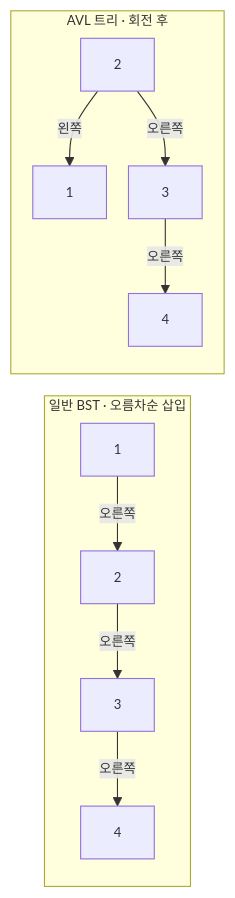
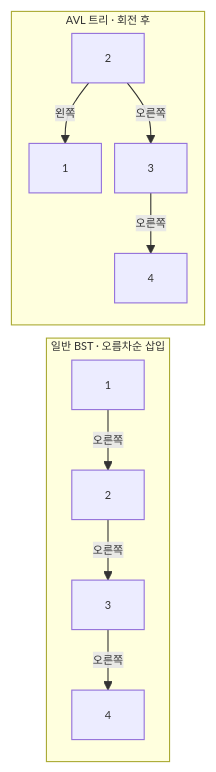
Before and after one commit to ramzz527/hw1-2026-SeminAhn: the third of 5 diagrams in report/report.md, drawn with Mermaid.

Commit message:
minimize mermaid size

````diff
--- a/report/report.md
+++ b/report/report.md
@@ -164,16 +164,16 @@
 ```mermaid
-%%{init: {"themeVariables": {"fontSize": "12px"}, "flowchart": {"nodeSpacing": 20, "rankSpacing": 25}}}%%
+%%{init: {"themeVariables": {"fontSize": "10px"}, "flowchart": {"nodeSpacing": 12, "rankSpacing": 15, "diagramPadding": 4}}}%%
 flowchart LR
     subgraph ordinary["일반 BST · 오름차순 삽입"]
         direction TB
         o1["1"] -->|오른쪽| o2["2"]
         o2 -->|오른쪽| o3["3"]
         o3 -->|오른쪽| o4["4"]
     end
     subgraph balanced["AVL 트리 · 회전 후"]
         direction TB
         a2["2"] -->|왼쪽| a1["1"]
         a2 -->|오른쪽| a3["3"]
         a3 -->|오른쪽| a4["4"]
     end
 ```
````
